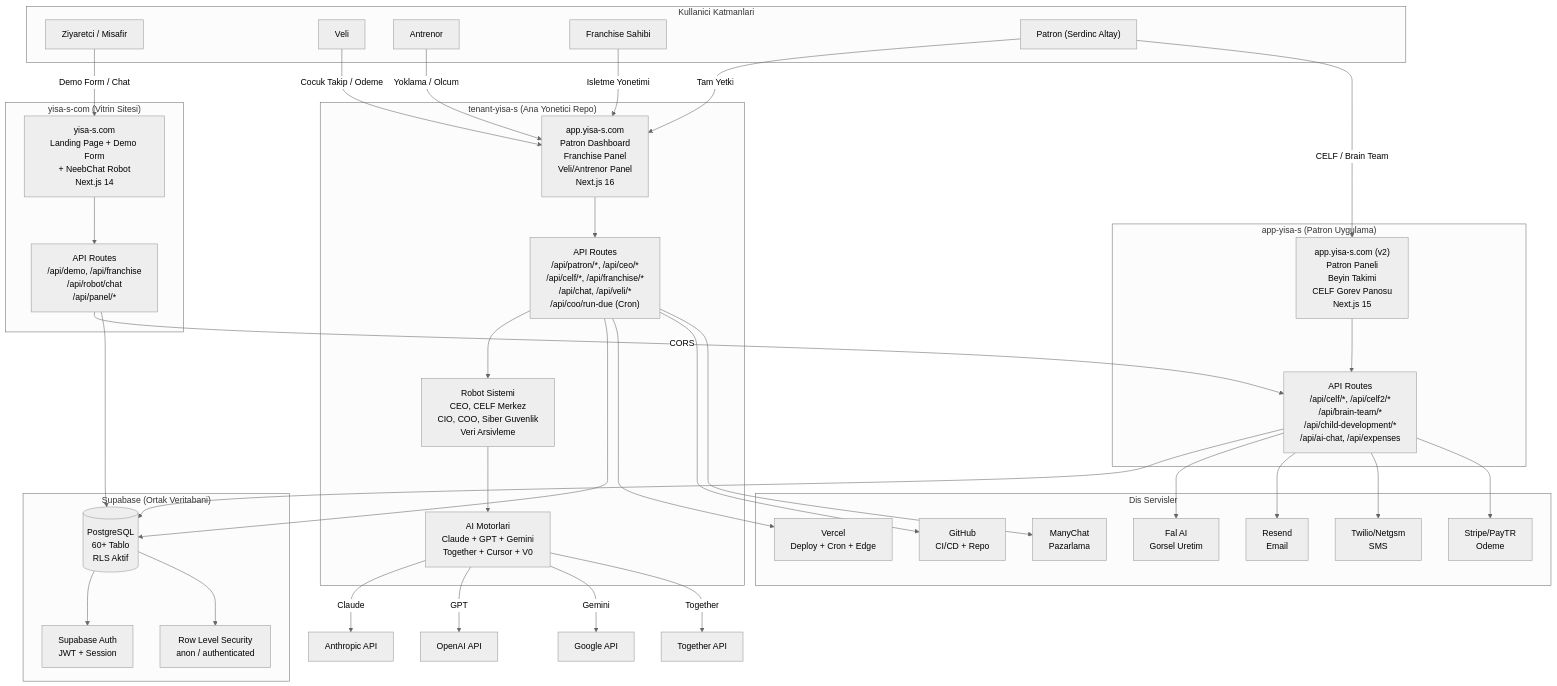
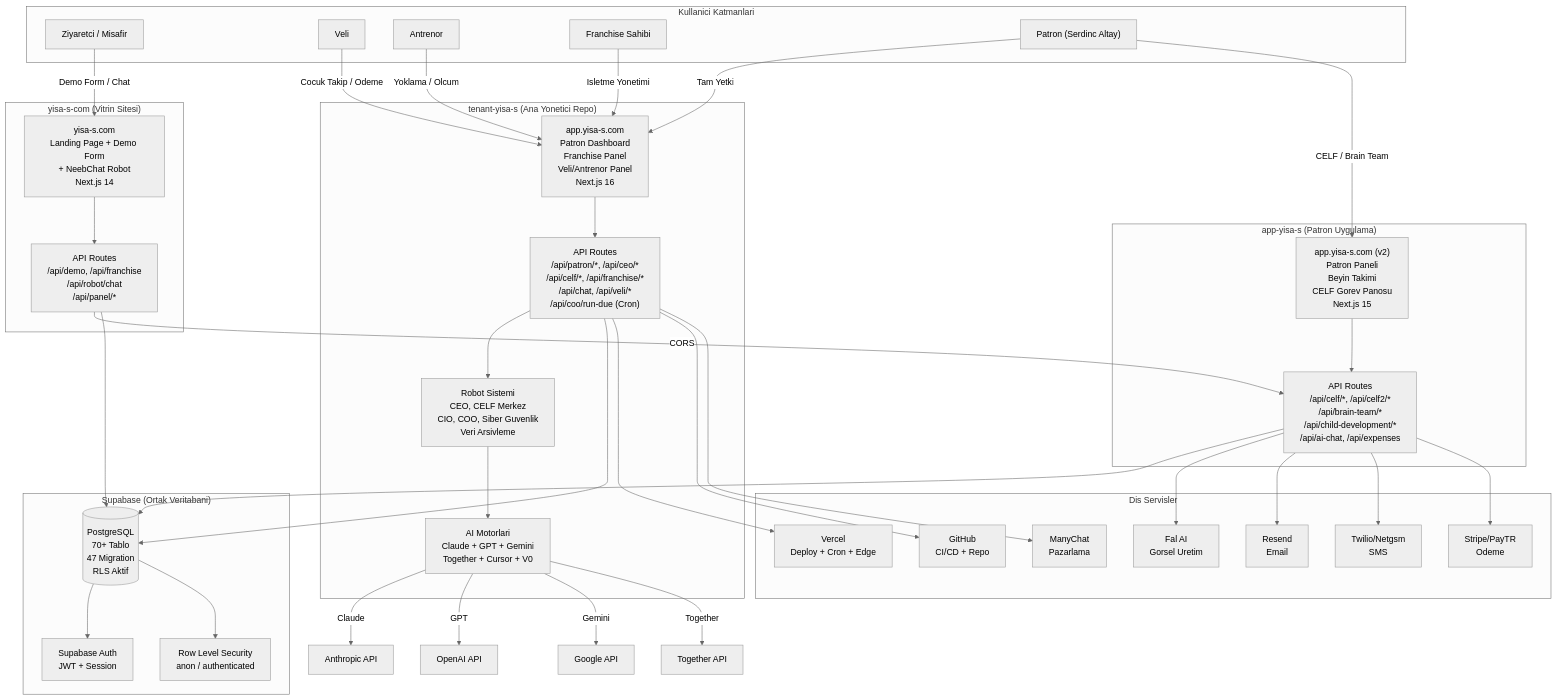
One commit to serdincaltay-ai/yisa-s-app changed the first of 5 diagrams in YISA-S-PROJE-SEMA-VE-DURUM.md. Above: the diagram before and after it, drawn with Mermaid (neutral theme). The commit also changed other lines of this file and 2 other files, not shown here.

````diff
--- a/YISA-S-PROJE-SEMA-VE-DURUM.md
+++ b/YISA-S-PROJE-SEMA-VE-DURUM.md
@@ -11,78 +11,78 @@
 ```mermaid
 graph TB
     subgraph "Kullanici Katmanlari"
         VISITOR["Ziyaretci / Misafir"]
         VELI["Veli"]
         ANTRENOR["Antrenor"]
         FRANCHISE["Franchise Sahibi"]
         PATRON["Patron (Serdinc Altay)"]
     end
 
     subgraph "yisa-s-com (Vitrin Sitesi)"
         VITRIN_FE["yisa-s.com<br/>Landing Page + Demo Form<br/>+ NeebChat Robot<br/>Next.js 14"]
         VITRIN_API["API Routes<br/>/api/demo, /api/franchise<br/>/api/robot/chat<br/>/api/panel/*"]
     end
 
     subgraph "tenant-yisa-s (Ana Yonetici Repo)"
         TENANT_FE["app.yisa-s.com<br/>Patron Dashboard<br/>Franchise Panel<br/>Veli/Antrenor Panel<br/>Next.js 16"]
         TENANT_API["API Routes<br/>/api/patron/*, /api/ceo/*<br/>/api/celf/*, /api/franchise/*<br/>/api/chat, /api/veli/*<br/>/api/coo/run-due (Cron)"]
         ROBOT_SYS["Robot Sistemi<br/>CEO, CELF Merkez<br/>CIO, COO, Siber Guvenlik<br/>Veri Arsivleme"]
         AI_ENGINE["AI Motorlari<br/>Claude + GPT + Gemini<br/>Together + Cursor + V0"]
     end
 
     subgraph "app-yisa-s (Patron Uygulama)"
         APP_FE["app.yisa-s.com (v2)<br/>Patron Paneli<br/>Beyin Takimi<br/>CELF Gorev Panosu<br/>Next.js 15"]
         APP_API["API Routes<br/>/api/celf/*, /api/celf2/*<br/>/api/brain-team/*<br/>/api/child-development/*<br/>/api/ai-chat, /api/expenses"]
     end
 
     subgraph "Supabase (Ortak Veritabani)"
-        DB[("PostgreSQL<br/>60+ Tablo<br/>RLS Aktif")]
+        DB[("PostgreSQL<br/>70+ Tablo<br/>47 Migration<br/>RLS Aktif")]
         AUTH["Supabase Auth<br/>JWT + Session"]
         RLS["Row Level Security<br/>anon / authenticated"]
     end
 
     subgraph "Dis Servisler"
         VERCEL["Vercel<br/>Deploy + Cron + Edge"]
         GITHUB["GitHub<br/>CI/CD + Repo"]
         MANYCHAT["ManyChat<br/>Pazarlama"]
         FALAI["Fal AI<br/>Gorsel Uretim"]
         RESEND["Resend<br/>Email"]
         SMS["Twilio/Netgsm<br/>SMS"]
         STRIPE["Stripe/PayTR<br/>Odeme"]
     end
 
     VISITOR -->|"Demo Form / Chat"| VITRIN_FE
     VELI -->|"Cocuk Takip / Odeme"| TENANT_FE
     ANTRENOR -->|"Yoklama / Olcum"| TENANT_FE
     FRANCHISE -->|"Isletme Yonetimi"| TENANT_FE
     PATRON -->|"Tam Yetki"| TENANT_FE
     PATRON -->|"CELF / Brain Team"| APP_FE
 
     VITRIN_FE --> VITRIN_API
     TENANT_FE --> TENANT_API
     APP_FE --> APP_API
 
     VITRIN_API -->|"CORS"| APP_API
     TENANT_API --> ROBOT_SYS
     ROBOT_SYS --> AI_ENGINE
 
     VITRIN_API --> DB
     TENANT_API --> DB
     APP_API --> DB
 
     DB --> AUTH
     DB --> RLS
 
     TENANT_API --> VERCEL
     TENANT_API --> GITHUB
     TENANT_API --> MANYCHAT
     APP_API --> FALAI
     APP_API --> RESEND
     APP_API --> SMS
     APP_API --> STRIPE
 
     AI_ENGINE -->|"Claude"| AI_C["Anthropic API"]
     AI_ENGINE -->|"GPT"| AI_G["OpenAI API"]
     AI_ENGINE -->|"Gemini"| AI_GE["Google API"]
     AI_ENGINE -->|"Together"| AI_T["Together API"]
 ```
````
